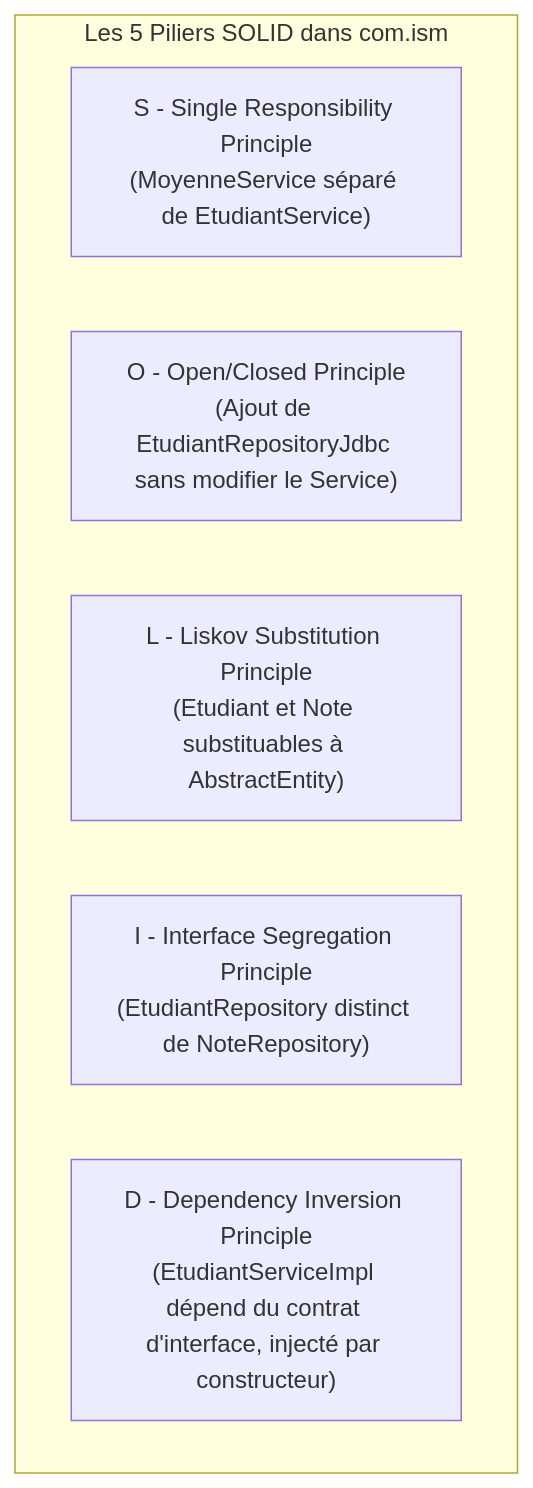
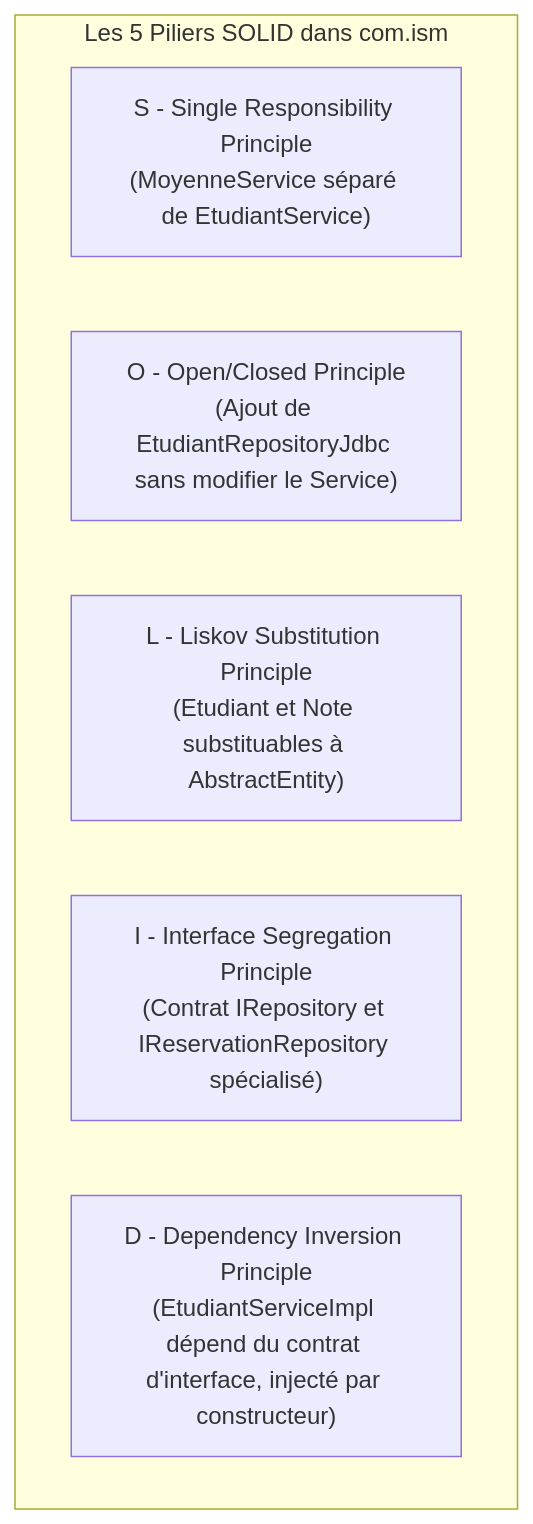
Before and after one commit to Gafclerck/BrainX: the first of 2 diagrams in curriculum/01-Java/04-Design-Patterns-Et-Principes-SOLID/02-Principes-SOLID-Et-Inversion-De-Dependances/01-Les-Cinq-Principes-SOLID-Appliques-Au-Code-Reel.md, drawn with Mermaid. The commit also changed other lines of this file and 11 other files, not shown here.

````diff
--- a/curriculum/01-Java/04-Design-Patterns-Et-Principes-SOLID/02-Principes-SOLID-Et-Inversion-De-Dependances/01-Les-Cinq-Principes-SOLID-Appliques-Au-Code-Reel.md
+++ b/curriculum/01-Java/04-Design-Patterns-Et-Principes-SOLID/02-Principes-SOLID-Et-Inversion-De-Dependances/01-Les-Cinq-Principes-SOLID-Appliques-Au-Code-Reel.md
@@ -37,15 +65,15 @@
 ```mermaid
 flowchart TD
     subgraph SOLID ["Les 5 Piliers SOLID dans com.ism"]
         S["S - Single Responsibility Principle
 (MoyenneService séparé de EtudiantService)"]
         O["O - Open/Closed Principle
 (Ajout de EtudiantRepositoryJdbc sans modifier le Service)"]
         L["L - Liskov Substitution Principle
 (Etudiant et Note substituables à AbstractEntity)"]
         I["I - Interface Segregation Principle
-(EtudiantRepository distinct de NoteRepository)"]
+(Contrat IRepository<T> et IReservationRepository spécialisé)"]
         D["D - Dependency Inversion Principle
 (EtudiantServiceImpl dépend du contrat d'interface, injecté par constructeur)"]
     end
 ```
````
